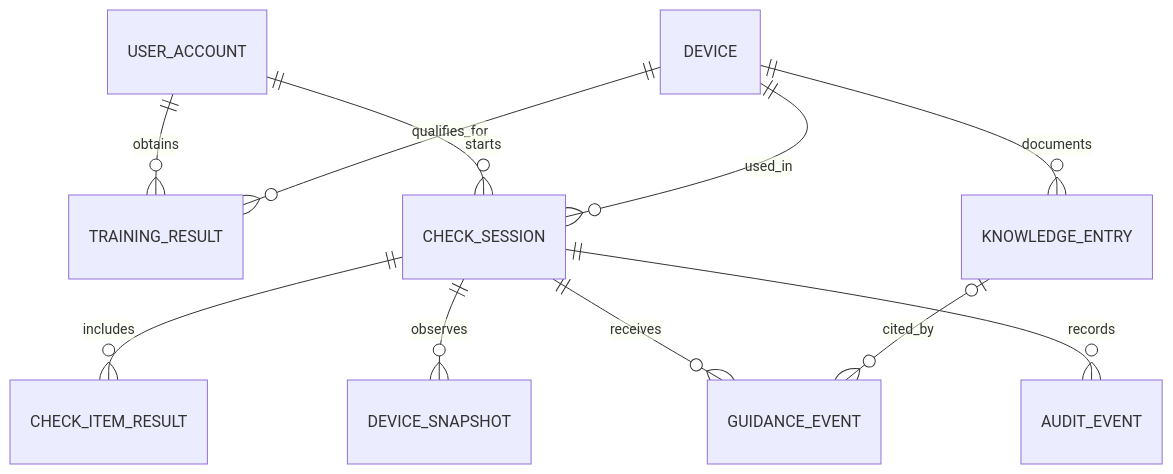
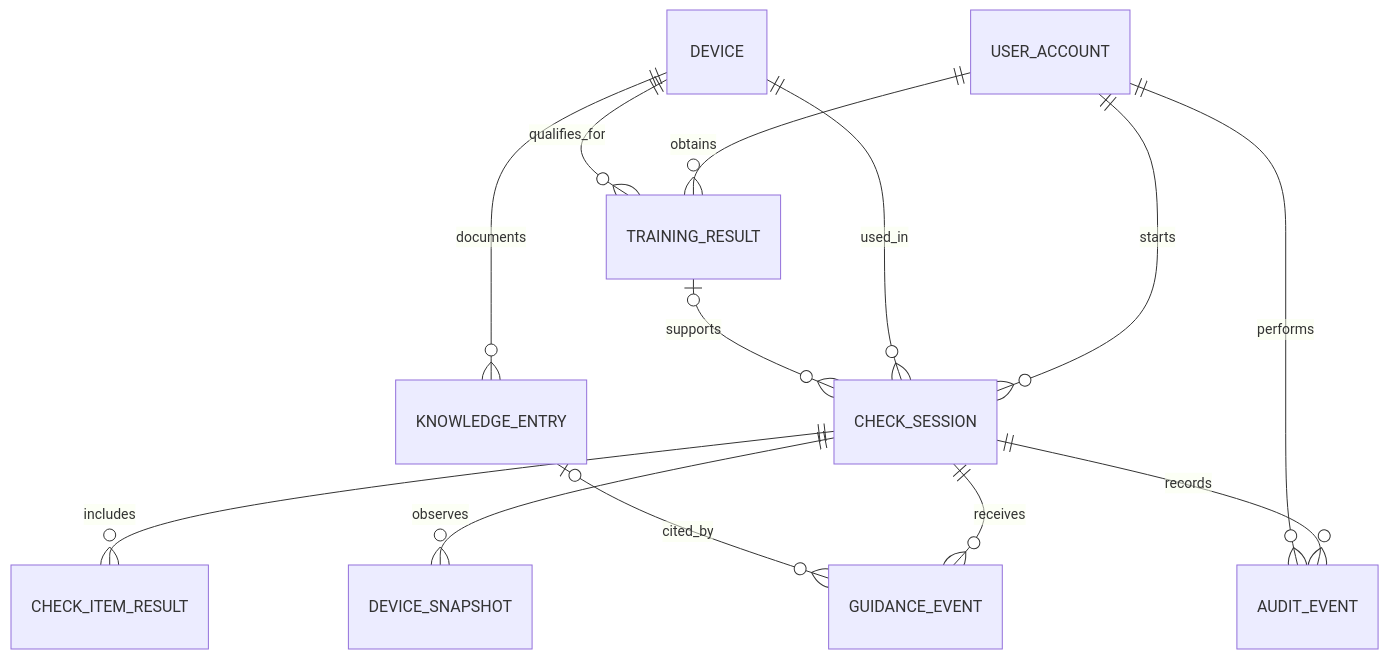
The diagram in design/database.md (2022260505/LabMate), drawn with Mermaid before and after one commit. The commit also changed other lines of this file and 9 other files, not shown here.

````diff
--- a/design/database.md
+++ b/design/database.md
@@ -8,13 +8,15 @@
 ```mermaid
 erDiagram
     USER_ACCOUNT ||--o{ TRAINING_RESULT : obtains
     DEVICE ||--o{ TRAINING_RESULT : qualifies_for
     USER_ACCOUNT ||--o{ CHECK_SESSION : starts
     DEVICE ||--o{ CHECK_SESSION : used_in
+    TRAINING_RESULT o|--o{ CHECK_SESSION : supports
     CHECK_SESSION ||--o{ CHECK_ITEM_RESULT : includes
     CHECK_SESSION ||--o{ DEVICE_SNAPSHOT : observes
     CHECK_SESSION ||--o{ GUIDANCE_EVENT : receives
     CHECK_SESSION ||--o{ AUDIT_EVENT : records
+    USER_ACCOUNT ||--o{ AUDIT_EVENT : performs
     DEVICE ||--o{ KNOWLEDGE_ENTRY : documents
     KNOWLEDGE_ENTRY o|--o{ GUIDANCE_EVENT : cited_by
 ```
````
